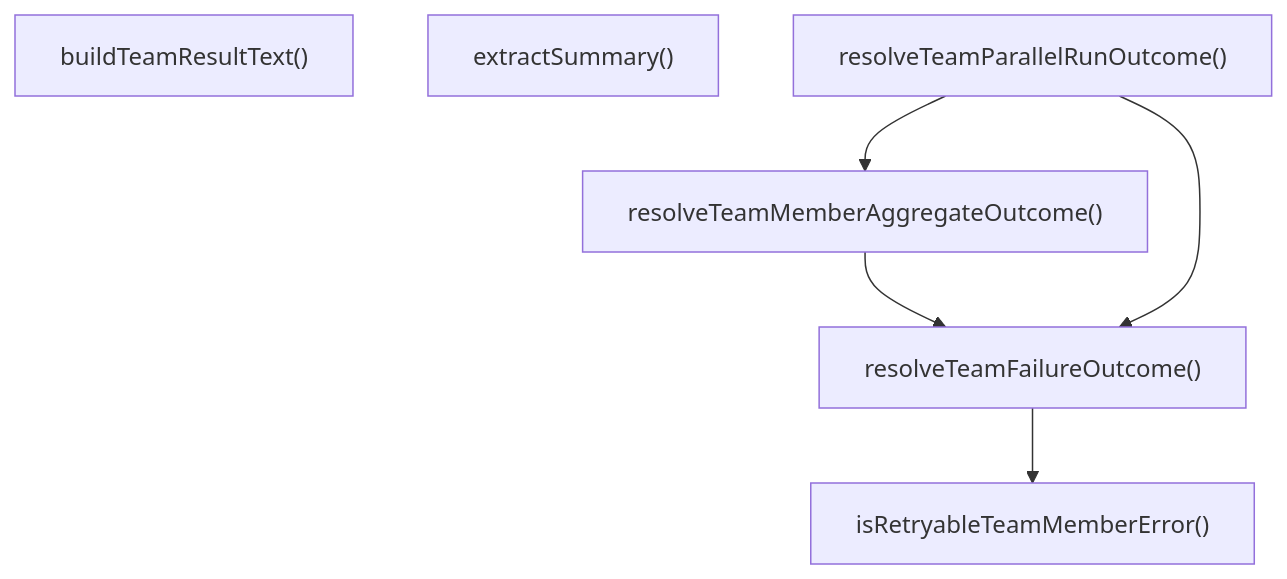
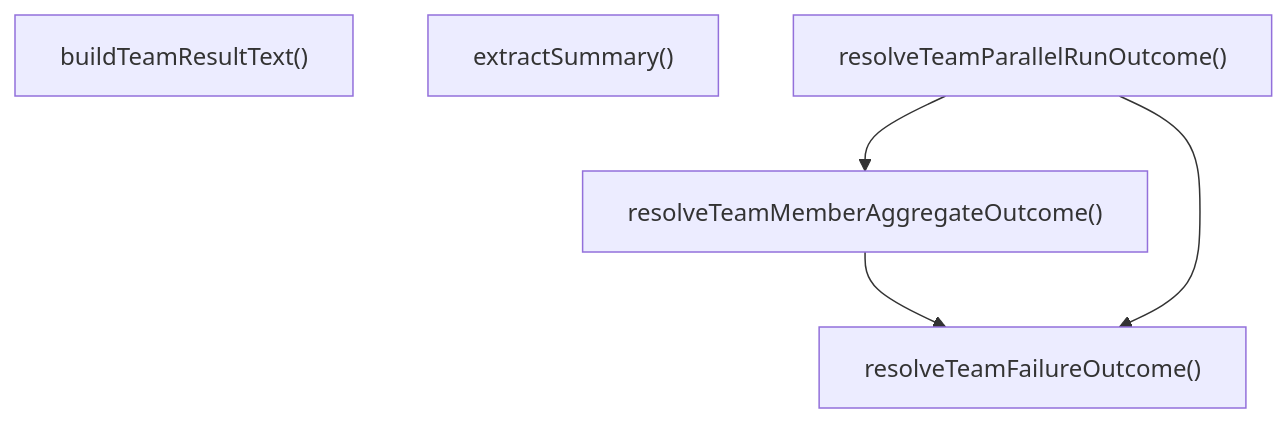
One commit to Mekann2904/mekann changed the second of 3 diagrams in ABDD/.pi/extensions/agent-teams/result-aggregation.md. Above: the diagram before and after it, drawn with Mermaid. The commit also changed other lines of this file and 205 other files, not shown here.

````diff
--- a/ABDD/.pi/extensions/agent-teams/result-aggregation.md
+++ b/ABDD/.pi/extensions/agent-teams/result-aggregation.md
@@ -54,13 +55,11 @@
 ```mermaid
 flowchart TD
   buildTeamResultText["buildTeamResultText()"]
   extractSummary["extractSummary()"]
-  isRetryableTeamMemberError["isRetryableTeamMemberError()"]
   resolveTeamFailureOutcome["resolveTeamFailureOutcome()"]
   resolveTeamMemberAggregateOutcome["resolveTeamMemberAggregateOutcome()"]
   resolveTeamParallelRunOutcome["resolveTeamParallelRunOutcome()"]
-  resolveTeamFailureOutcome --> isRetryableTeamMemberError
   resolveTeamMemberAggregateOutcome --> resolveTeamFailureOutcome
   resolveTeamParallelRunOutcome --> resolveTeamFailureOutcome
   resolveTeamParallelRunOutcome --> resolveTeamMemberAggregateOutcome
 ```
````
